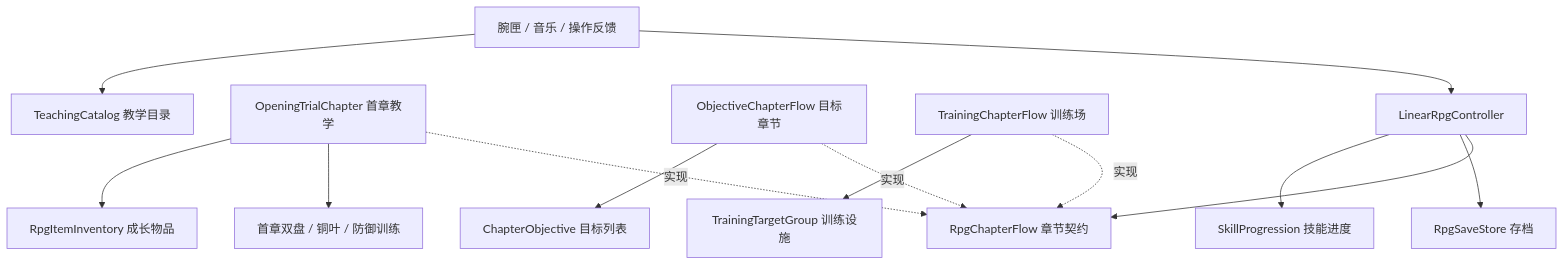
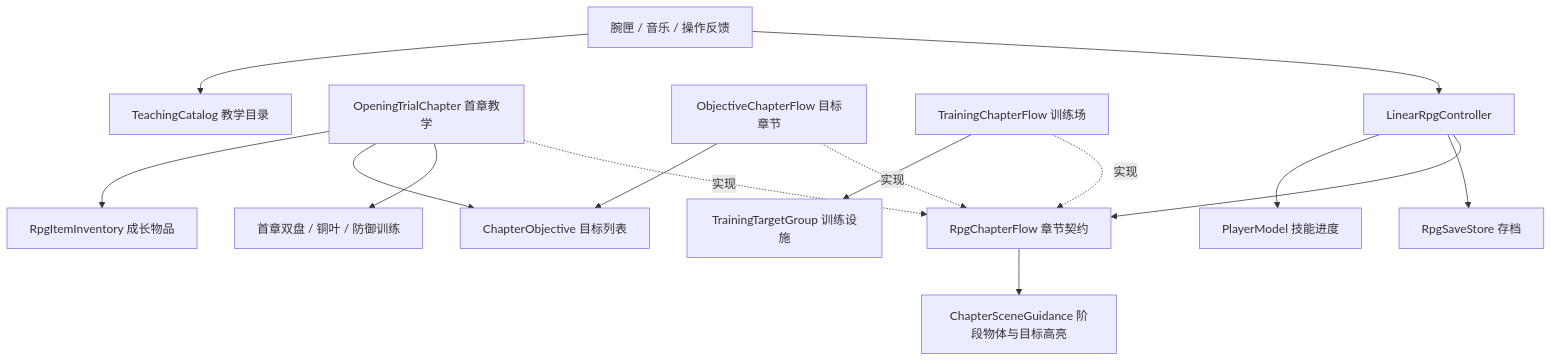
The diagram in docs/guides/CHAPTER_FLOW_ZH.md (lphahapl/unity-xr-multimodal-spellcasting), drawn with Mermaid before and after one commit. The commit also changed other lines of this file and 398 other files, not shown here.

````diff
--- a/docs/guides/CHAPTER_FLOW_ZH.md
+++ b/docs/guides/CHAPTER_FLOW_ZH.md
@@ -7,15 +7,17 @@
 ```mermaid
 flowchart TD
     UI[腕匣 / 音乐 / 操作反馈] --> RPG[LinearRpgController]
     RPG --> Contract[RpgChapterFlow 章节契约]
     Opening[OpeningTrialChapter 首章教学] -.实现.-> Contract
     Generic[ObjectiveChapterFlow 目标章节] -.实现.-> Contract
     Training[TrainingChapterFlow 训练场] -.实现.-> Contract
     Opening --> Puzzle[首章双盘 / 铜叶 / 防御训练]
+    Opening --> Goals
     Generic --> Goals[ChapterObjective 目标列表]
+    Contract --> Cues[ChapterSceneGuidance 阶段物体与目标高亮]
     RPG --> Save[RpgSaveStore 存档]
-    RPG --> Skills[SkillProgression 技能进度]
+    RPG --> Skills[PlayerModel 技能进度]
     UI --> Teaching[TeachingCatalog 教学目录]
     Opening --> Items[RpgItemInventory 成长物品]
     Training --> Targets[TrainingTargetGroup 训练设施]
 ```
````
